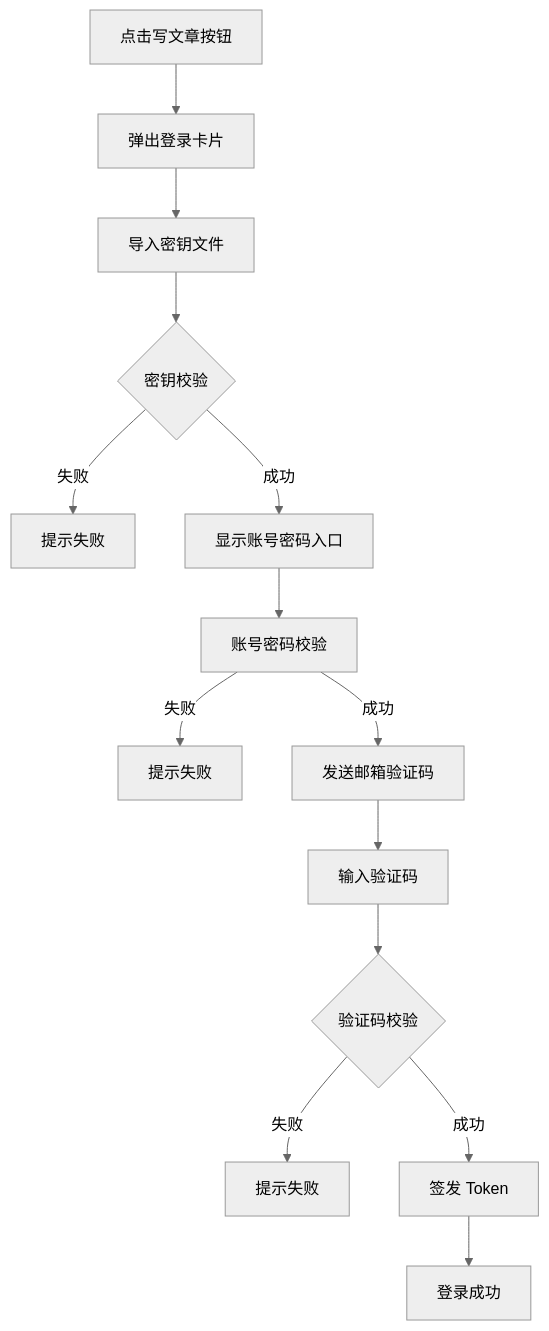
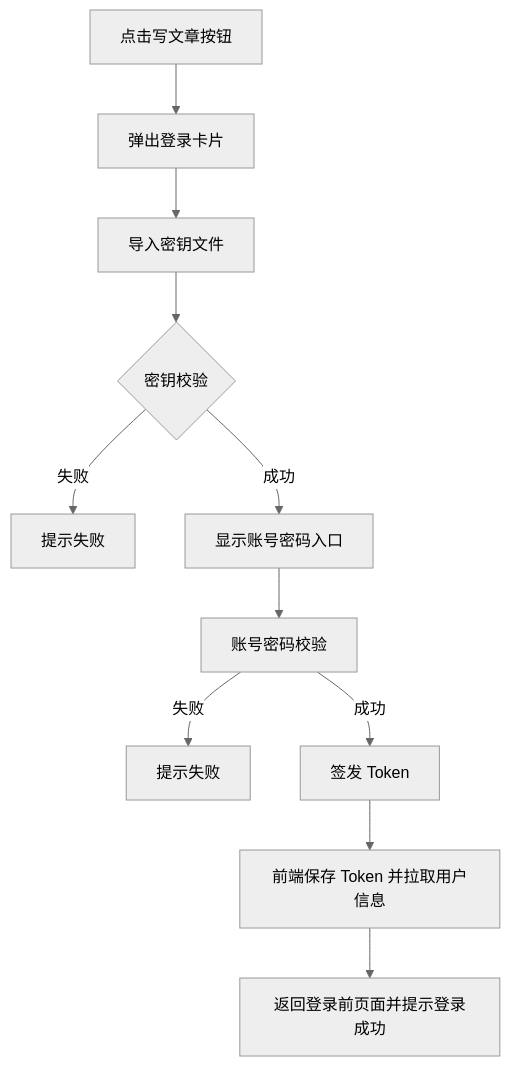
The second of 3 diagrams in V3.0/详细设计/用户认证与权限校验.md (SakuraShiinaMashiro/PersonalBlog-doc), drawn with Mermaid (neutral theme) before and after one commit. The commit also changed other lines of this file and 1 other file, not shown here.

````diff
--- a/V3.0/详细设计/用户认证与权限校验.md
+++ b/V3.0/详细设计/用户认证与权限校验.md
@@ -450,16 +419,13 @@
 ```mermaid
 flowchart TD
-    A["点击写文章按钮"] --> B["弹出登录卡片"]
-    B --> C["导入密钥文件"]
-    C --> D{"密钥校验"}
-    D -->|失败| E["提示失败"]
-    D -->|成功| F["显示账号密码入口"]
-    F --> G["账号密码校验"]
-    G -->|失败| H["提示失败"]
-    G -->|成功| I["发送邮箱验证码"]
-    I --> J["输入验证码"]
-    J --> K{"验证码校验"}
-    K -->|失败| L["提示失败"]
-    K -->|成功| M["签发 Token"]
-    M --> N["登录成功"]
+    A[点击写文章按钮] --> B[弹出登录卡片]
+    B --> C[导入密钥文件]
+    C --> D{密钥校验}
+    D -->|失败| E[提示失败]
+    D -->|成功| F[显示账号密码入口]
+    F --> G[账号密码校验]
+    G -->|失败| H[提示失败]
+    G -->|成功| I[签发 Token]
+    I --> J[前端保存 Token 并拉取用户信息]
+    J --> K[返回登录前页面并提示登录成功]
 ```
````
